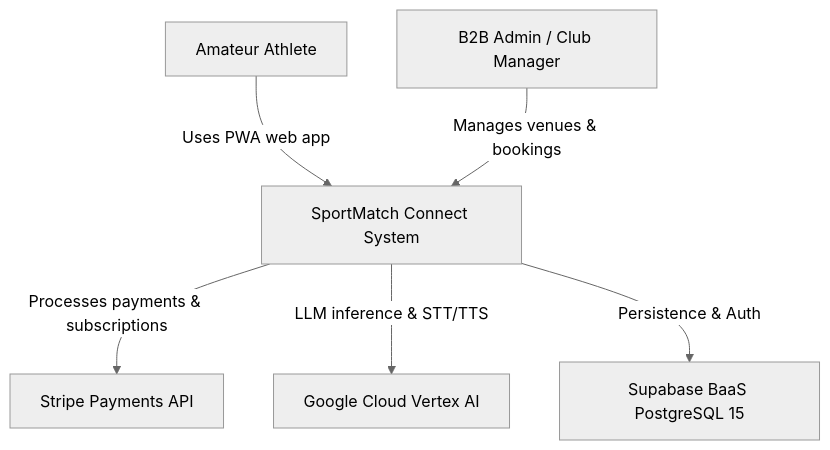
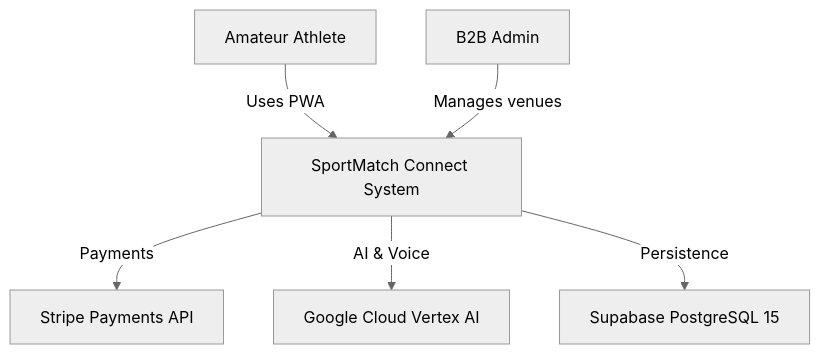
Before and after one commit to jojiz29/sportmatch-connect: the seventh of 9 diagrams in TESIS_FINAL_SPORTMATCH_EN.md, drawn with Mermaid (neutral theme). The commit also changed other lines of this file and 7 other files, not shown here.

````diff
--- a/TESIS_FINAL_SPORTMATCH_EN.md
+++ b/TESIS_FINAL_SPORTMATCH_EN.md
@@ -431,8 +297,8 @@
 ```mermaid
 graph TB
-    U[Amateur Athlete] -->|Uses PWA web app| SM[SportMatch Connect System]
-    A[B2B Admin / Club Manager] -->|Manages venues & bookings| SM
-    SM -->|Processes payments & subscriptions| STR[Stripe Payments API]
-    SM -->|LLM inference & STT/TTS| GCP[Google Cloud Vertex AI]
-    SM -->|Persistence & Auth| SUP[Supabase BaaS PostgreSQL 15]
+    U[Amateur Athlete] -->|Uses PWA| SM[SportMatch Connect System]
+    A[B2B Admin] -->|Manages venues| SM
+    SM -->|Payments| STR[Stripe Payments API]
+    SM -->|AI & Voice| GCP[Google Cloud Vertex AI]
+    SM -->|Persistence| SUP[Supabase PostgreSQL 15]
 ```
````
